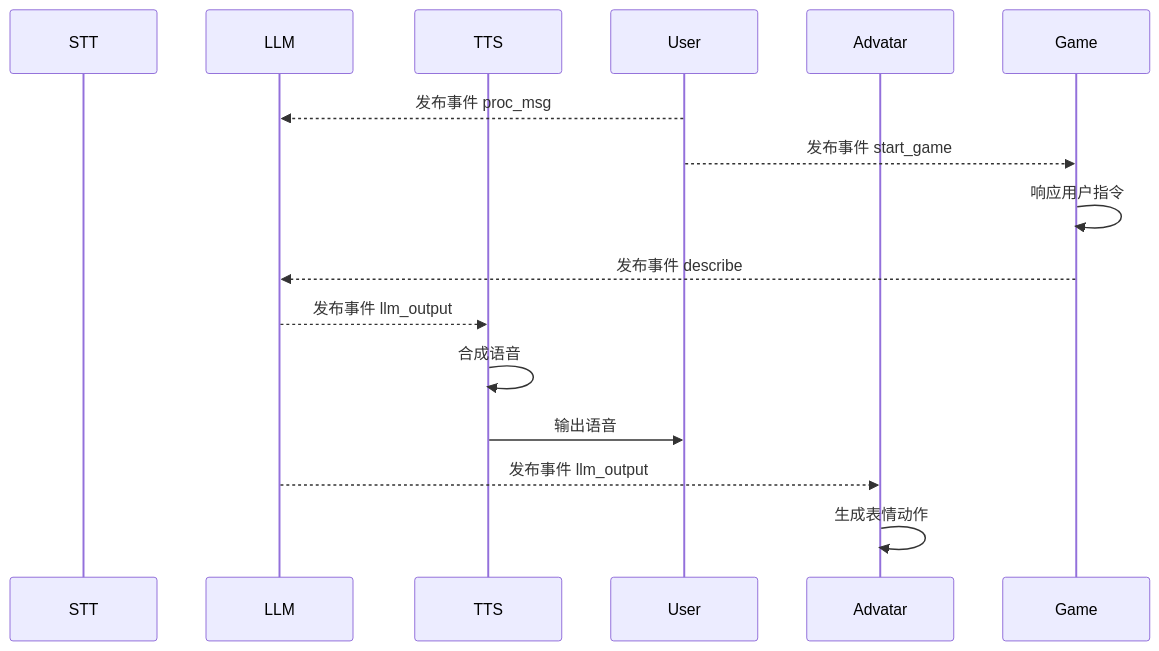
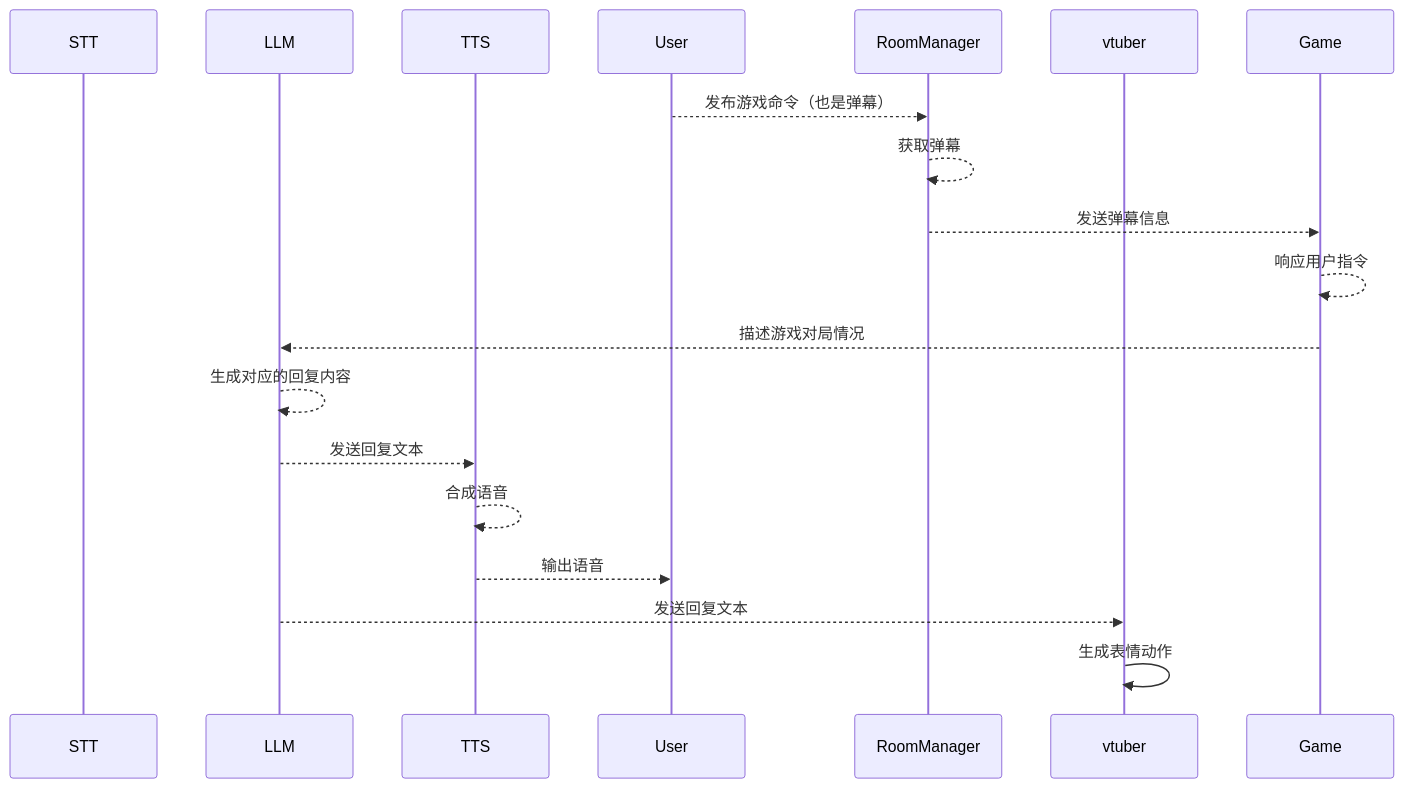
One commit to golrice/virtustream changed the second of 4 diagrams in docs/systemModel.md. Above: the diagram before and after it, drawn with Mermaid. The commit also changed other lines of this file and 4 other files, not shown here.

````diff
--- a/docs/systemModel.md
+++ b/docs/systemModel.md
@@ -211,18 +118,21 @@
 ```mermaid
 sequenceDiagram
     participant STT
     participant LLM
     participant TTS
     participant User
-    participant Advatar
+    participant RoomManager
+    participant vtuber
 
-    User-->>LLM: 发布事件 proc_msg
-    User-->>Game: 发布事件 start_game
-    Game->>Game:响应用户指令
-    Game-->>LLM: 发布事件 describe
-    LLM-->>TTS: 发布事件 llm_output
-    TTS->>TTS: 合成语音
-    TTS->>User: 输出语音
-    LLM-->>Advatar: 发布事件 llm_output
-    Advatar->>Advatar: 生成表情动作
+    User-->>RoomManager: 发布游戏命令（也是弹幕）
+    RoomManager-->>RoomManager: 获取弹幕
+    RoomManager-->>Game: 发送弹幕信息
+    Game-->>Game:响应用户指令
+    Game-->>LLM: 描述游戏对局情况
+    LLM-->>LLM: 生成对应的回复内容
+    LLM-->>TTS: 发送回复文本 
+    TTS-->>TTS: 合成语音
+    TTS-->>User: 输出语音
+    LLM-->>vtuber: 发送回复文本
+    vtuber->>vtuber: 生成表情动作
 ```
````
